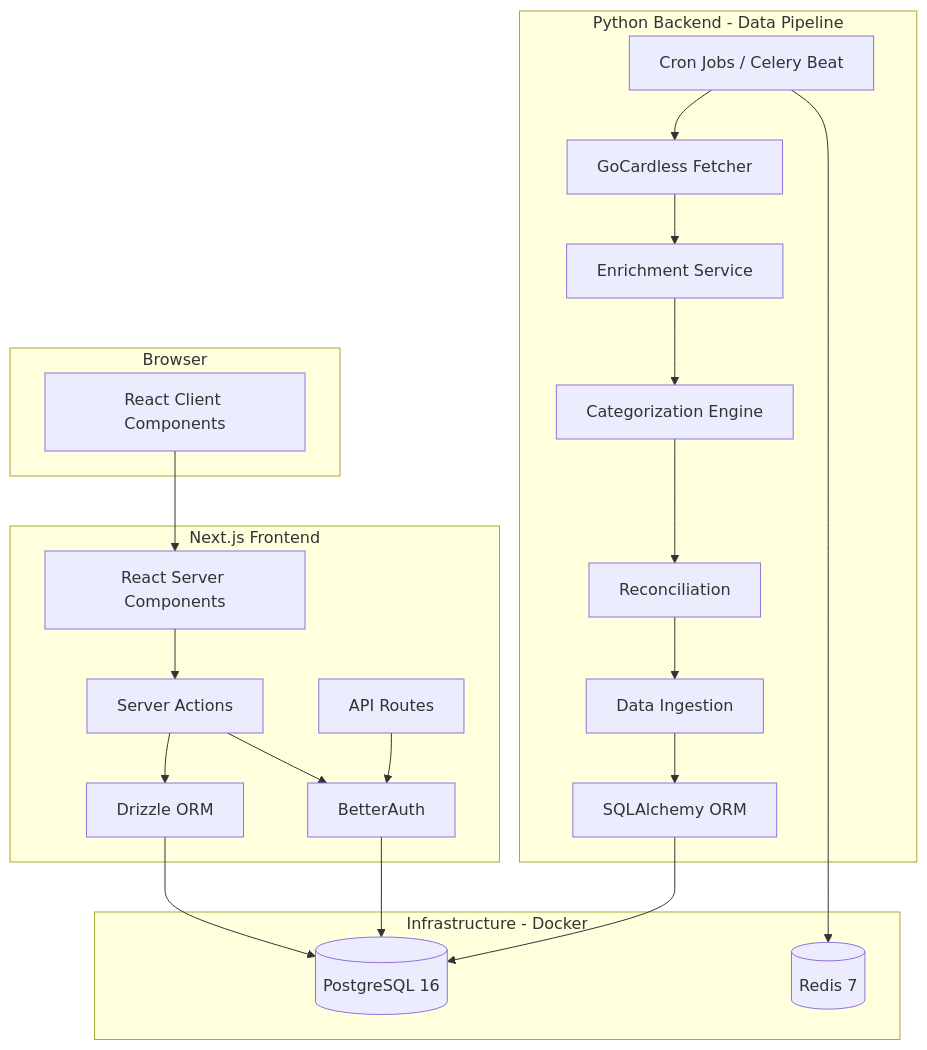
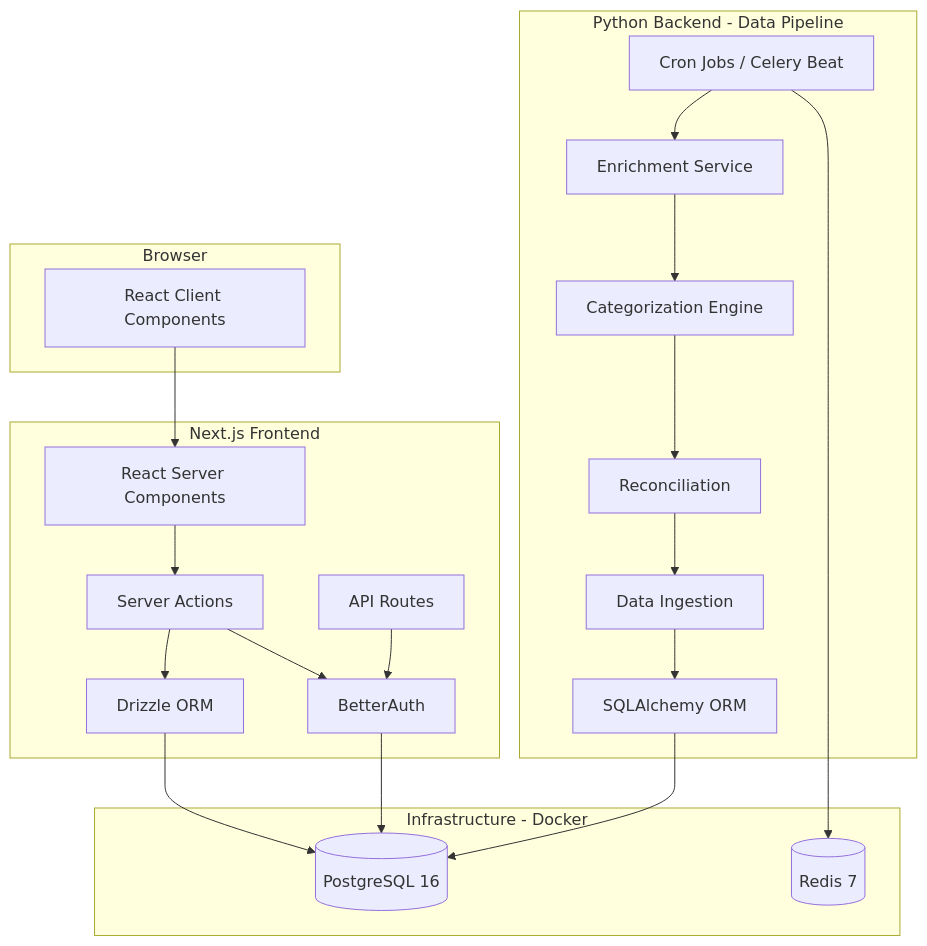
The first of 6 diagrams in docs/architecture.md (syllogic-ai/syllogic), drawn with Mermaid before and after one commit. The commit also changed other lines of this file and 1 other file, not shown here.

````diff
--- a/docs/architecture.md
+++ b/docs/architecture.md
@@ -20,46 +20,44 @@
 ```mermaid
 flowchart TB
     subgraph client [Browser]
         Browser[React Client Components]
     end
 
     subgraph frontend [Next.js Frontend]
         RSC[React Server Components]
         SA[Server Actions]
         Drizzle[Drizzle ORM]
         Auth[BetterAuth]
         API[API Routes]
     end
     
     subgraph backend [Python Backend - Data Pipeline]
         Cron[Cron Jobs / Celery Beat]
-        Fetch[GoCardless Fetcher]
         Enrich[Enrichment Service]
         Categorize[Categorization Engine]
         Reconcile[Reconciliation]
         Ingest[Data Ingestion]
         SQLAlchemy[SQLAlchemy ORM]
     end
     
     subgraph infra [Infrastructure - Docker]
         PG[(PostgreSQL 16)]
         Redis[(Redis 7)]
     end
     
     Browser --> RSC
     RSC --> SA
     SA --> Drizzle
     SA --> Auth
     Drizzle --> PG
     Auth --> PG
     API --> Auth
     
     Cron --> Redis
-    Cron --> Fetch
-    Fetch --> Enrich
+    Cron --> Enrich
     Enrich --> Categorize
     Categorize --> Reconcile
     Reconcile --> Ingest
     Ingest --> SQLAlchemy
     SQLAlchemy --> PG
 ```
````
